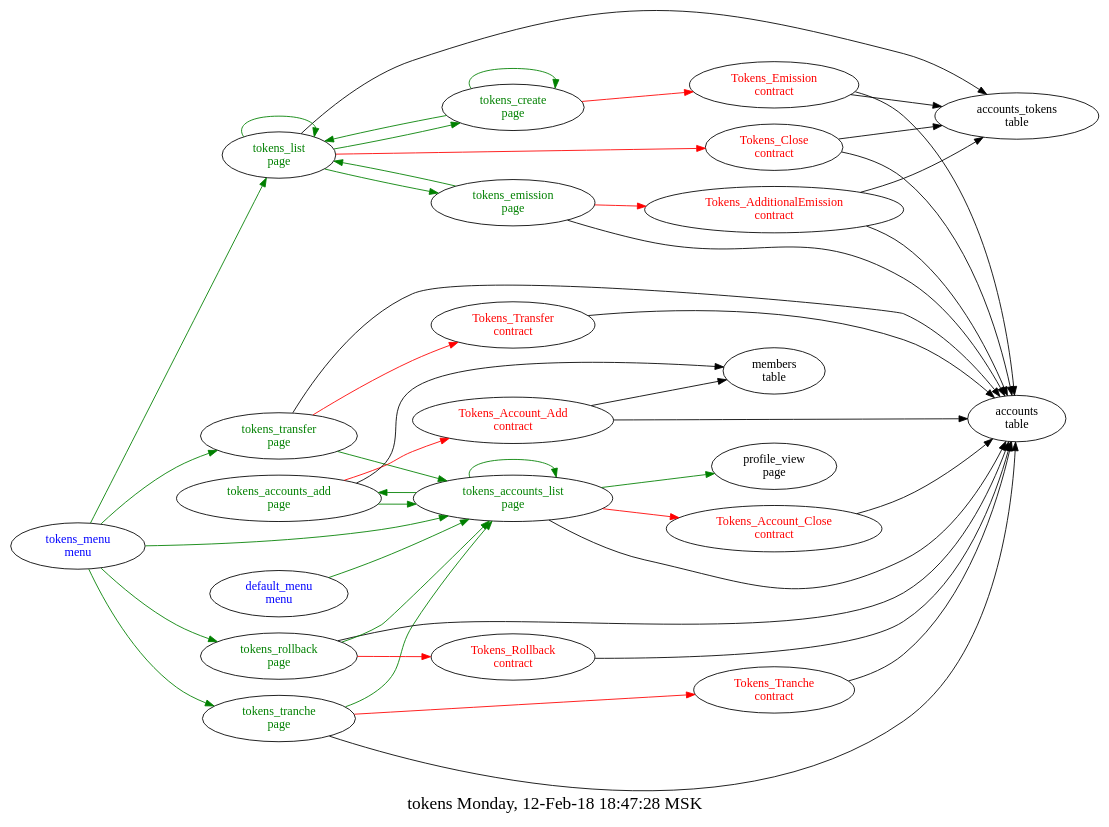
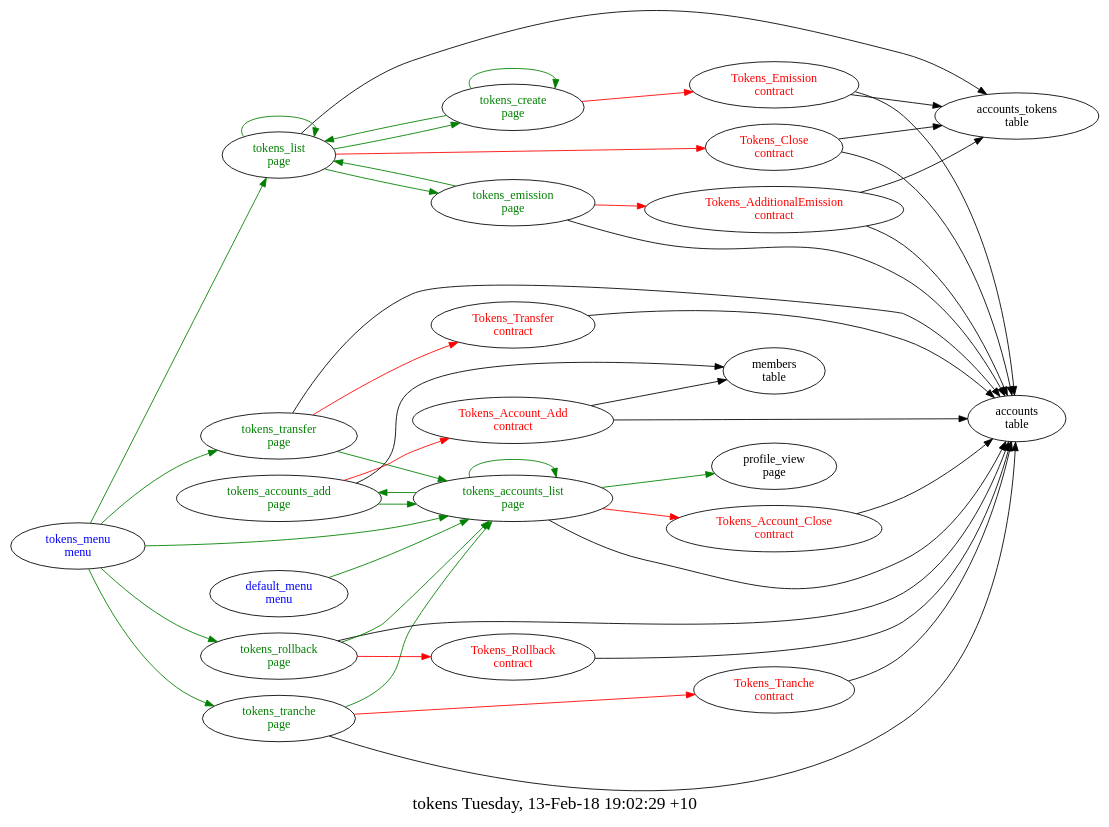
One commit to AplaProject/apps changed the diagram in src/tokens/struct.dot. Above: the diagram before and after it, drawn with Graphviz. The commit also changed 10 other files, not shown here.

```diff
--- a/src/tokens/struct.dot
+++ b/src/tokens/struct.dot
@@ -1,71 +1,69 @@
 digraph G {
 fontsize="20.0";
-label="tokens Monday, 12-Feb-18 18:47:28 MSK";
+label="tokens Tuesday, 13-Feb-18 19:02:29 +10";
 rankdir=LR;
 "Tokens_Account_Add\ncontract" -> "members\ntable"
 "Tokens_Account_Add\ncontract" -> "accounts\ntable"
 "Tokens_Account_Add\ncontract" [fontcolor=red, group=contracts];
 "Tokens_Account_Close\ncontract" -> "accounts\ntable"
 "Tokens_Account_Close\ncontract" [fontcolor=red, group=contracts];
 "Tokens_AdditionalEmission\ncontract" -> "accounts_tokens\ntable"
 "Tokens_AdditionalEmission\ncontract" -> "accounts\ntable"
 "Tokens_AdditionalEmission\ncontract" [fontcolor=red, group=contracts];
 "Tokens_Close\ncontract" -> "accounts\ntable"
 "Tokens_Close\ncontract" -> "accounts_tokens\ntable"
 "Tokens_Close\ncontract" [fontcolor=red, group=contracts];
 "Tokens_Emission\ncontract" -> "accounts_tokens\ntable"
 "Tokens_Emission\ncontract" -> "accounts\ntable"
 "Tokens_Emission\ncontract" [fontcolor=red, group=contracts];
 "Tokens_Rollback\ncontract" -> "accounts\ntable"
 "Tokens_Rollback\ncontract" [fontcolor=red, group=contracts];
 "Tokens_Tranche\ncontract" -> "accounts\ntable"
 "Tokens_Tranche\ncontract" [fontcolor=red, group=contracts];
 "Tokens_Transfer\ncontract" -> "accounts\ntable"
 "Tokens_Transfer\ncontract" [fontcolor=red, group=contracts];
 "default_menu\nmenu" -> "tokens_accounts_list\npage"  [ color=green ]
 "default_menu\nmenu" [fontcolor=blue, group=menus];
 "tokens_menu\nmenu" -> "tokens_accounts_list\npage"  [ color=green ]
 "tokens_menu\nmenu" -> "tokens_list\npage"  [ color=green ]
 "tokens_menu\nmenu" -> "tokens_tranche\npage"  [ color=green ]
 "tokens_menu\nmenu" -> "tokens_transfer\npage"  [ color=green ]
 "tokens_menu\nmenu" -> "tokens_rollback\npage"  [ color=green ]
 "tokens_menu\nmenu" [fontcolor=blue, group=menus];
 "tokens_accounts_add\npage" -> "Tokens_Account_Add\ncontract"  [ color=red ]
 "tokens_accounts_add\npage" -> "members\ntable"
 "tokens_accounts_add\npage" -> "tokens_accounts_list\npage"  [ color=green ]
 "tokens_accounts_add\npage" [fontcolor=green, group=pages];
 "tokens_accounts_list\npage" -> "Tokens_Account_Close\ncontract"  [ color=red ]
 "tokens_accounts_list\npage" -> "accounts\ntable"
 "tokens_accounts_list\npage" -> "profile_view\npage"  [ color=green ]
 "tokens_accounts_list\npage" -> "tokens_accounts_list\npage"  [ color=green ]
 "tokens_accounts_list\npage" -> "tokens_accounts_add\npage"  [ color=green ]
 "tokens_accounts_list\npage" [fontcolor=green, group=pages];
 "tokens_create\npage" -> "Tokens_Emission\ncontract"  [ color=red ]
 "tokens_create\npage" -> "tokens_create\npage"  [ color=green ]
 "tokens_create\npage" -> "tokens_list\npage"  [ color=green ]
 "tokens_create\npage" [fontcolor=green, group=pages];
 "tokens_emission\npage" -> "Tokens_AdditionalEmission\ncontract"  [ color=red ]
 "tokens_emission\npage" -> "accounts\ntable"
 "tokens_emission\npage" -> "tokens_list\npage"  [ color=green ]
 "tokens_emission\npage" [fontcolor=green, group=pages];
 "tokens_list\npage" -> "Tokens_Close\ncontract"  [ color=red ]
 "tokens_list\npage" -> "accounts_tokens\ntable"
 "tokens_list\npage" -> "tokens_emission\npage"  [ color=green ]
 "tokens_list\npage" -> "tokens_list\npage"  [ color=green ]
 "tokens_list\npage" -> "tokens_create\npage"  [ color=green ]
 "tokens_list\npage" [fontcolor=green, group=pages];
 "tokens_rollback\npage" -> "Tokens_Rollback\ncontract"  [ color=red ]
 "tokens_rollback\npage" -> "accounts\ntable"
 "tokens_rollback\npage" -> "tokens_accounts_list\npage"  [ color=green ]
 "tokens_rollback\npage" [fontcolor=green, group=pages];
 "tokens_tranche\npage" -> "Tokens_Tranche\ncontract"  [ color=red ]
 "tokens_tranche\npage" -> "accounts\ntable"
 "tokens_tranche\npage" -> "tokens_accounts_list\npage"  [ color=green ]
 "tokens_tranche\npage" [fontcolor=green, group=pages];
 "tokens_transfer\npage" -> "Tokens_Transfer\ncontract"  [ color=red ]
 "tokens_transfer\npage" -> "accounts\ntable"
 "tokens_transfer\npage" -> "tokens_accounts_list\npage"  [ color=green ]
 "tokens_transfer\npage" [fontcolor=green, group=pages];
-"accounts\ntable" [group=tables];
-"accounts_tokens\ntable" [group=tables];
 }
```
